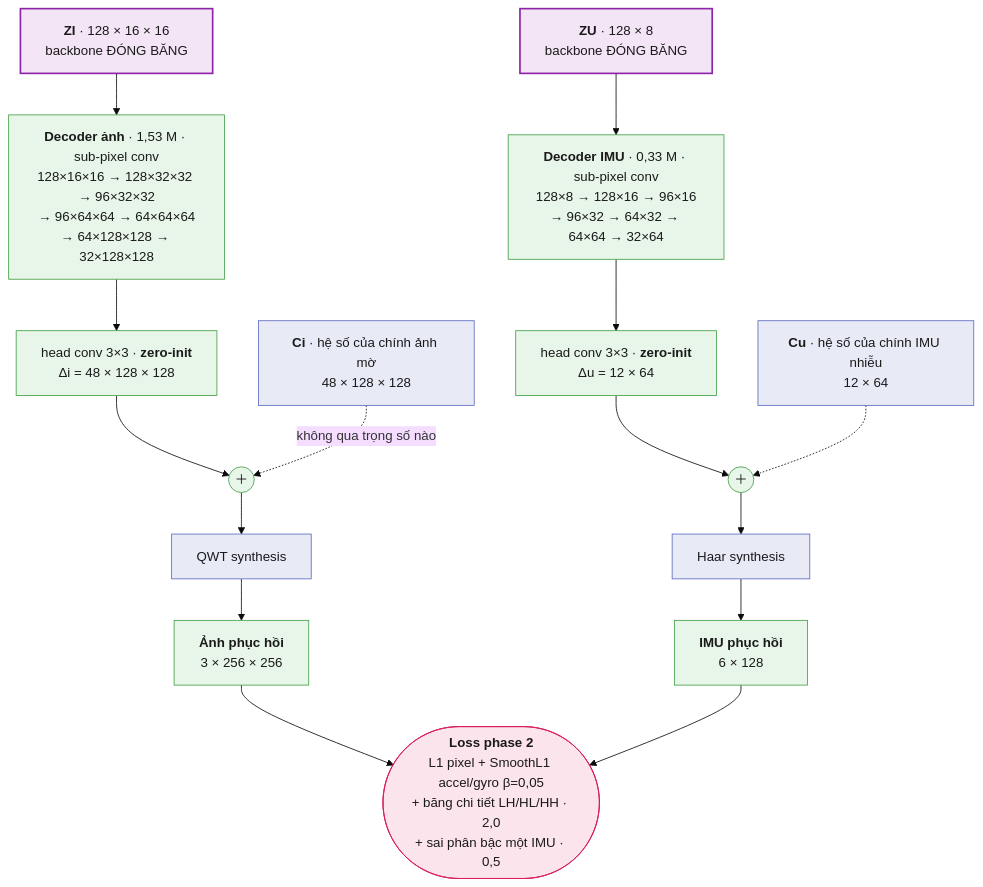
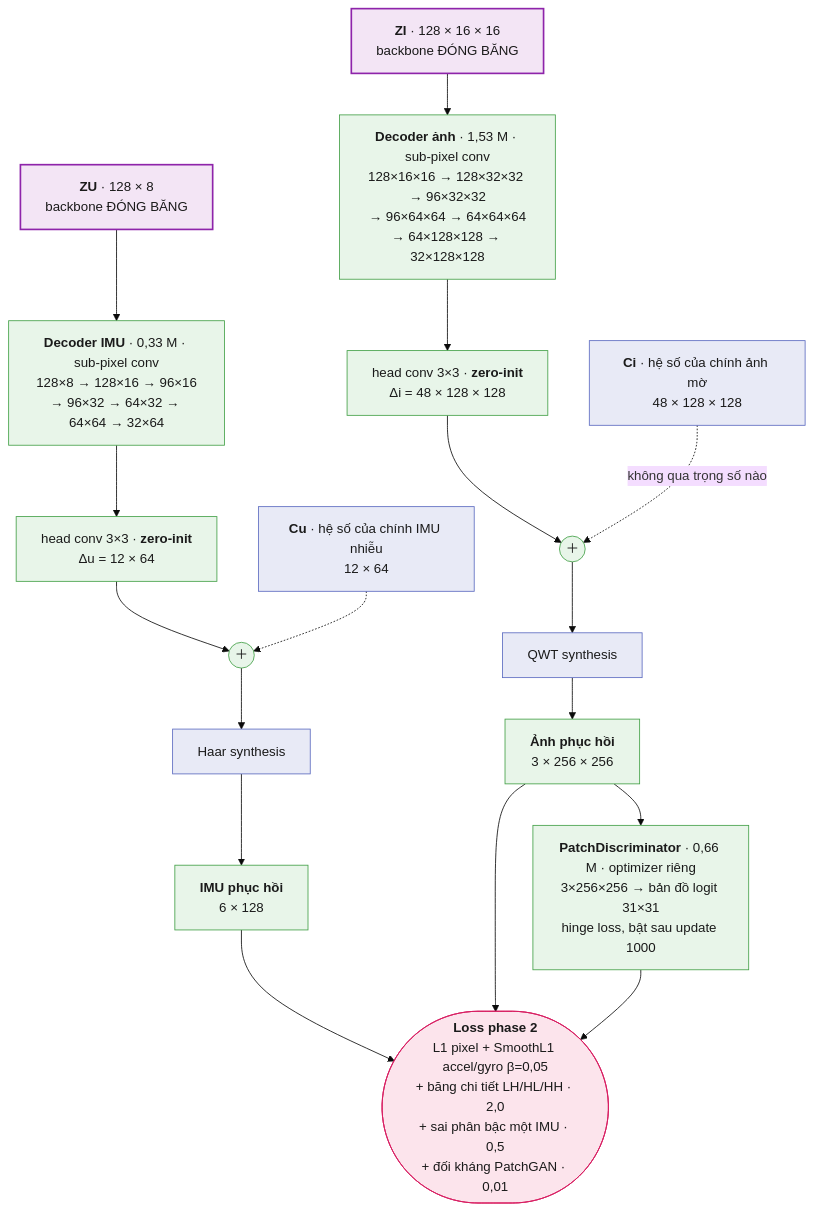
One commit to leesanghyoek/qwt_jepa_ver3 changed the fourth of 4 diagrams in README.md. Above: the diagram before and after it, drawn with Mermaid (base theme). The commit also changed other lines of this file and 7 other files, not shown here.

````diff
--- a/README.md
+++ b/README.md
@@ -126,30 +126,32 @@
 ```mermaid
 flowchart TB
     ZI["<b>ZI</b> · 128 × 16 × 16<br/>backbone ĐÓNG BĂNG"]
     ZU["<b>ZU</b> · 128 × 8<br/>backbone ĐÓNG BĂNG"]
     DI["<b>Decoder ảnh</b> · 1,53 M · sub-pixel conv<br/>128×16×16 → 128×32×32 → 96×32×32<br/>→ 96×64×64 → 64×64×64<br/>→ 64×128×128 → 32×128×128"]
     DU["<b>Decoder IMU</b> · 0,33 M · sub-pixel conv<br/>128×8 → 128×16 → 96×16<br/>→ 96×32 → 64×32 → 64×64 → 32×64"]
     HI["head conv 3×3 · <b>zero-init</b><br/>Δi = 48 × 128 × 128"]
     HU["head conv 3×3 · <b>zero-init</b><br/>Δu = 12 × 64"]
     CI["<b>Ci</b> · hệ số của chính ảnh mờ<br/>48 × 128 × 128"]
     CU["<b>Cu</b> · hệ số của chính IMU nhiễu<br/>12 × 64"]
     PI(("＋"))
     PU(("＋"))
     SI["QWT synthesis"]
     SU["Haar synthesis"]
     OI["<b>Ảnh phục hồi</b><br/>3 × 256 × 256"]
     OU["<b>IMU phục hồi</b><br/>6 × 128"]
-    L1(["<b>Loss phase 2</b><br/>L1 pixel + SmoothL1 accel/gyro β=0,05<br/>+ băng chi tiết LH/HL/HH · 2,0<br/>+ sai phân bậc một IMU · 0,5"])
+    L1(["<b>Loss phase 2</b><br/>L1 pixel + SmoothL1 accel/gyro β=0,05<br/>+ băng chi tiết LH/HL/HH · 2,0<br/>+ sai phân bậc một IMU · 0,5<br/>+ đối kháng PatchGAN · 0,01"])
+    DSC["<b>PatchDiscriminator</b> · 0,66 M · optimizer riêng<br/>3×256×256 → bản đồ logit 31×31<br/>hinge loss, bật sau update 1000"]
     ZI --> DI --> HI --> PI --> SI --> OI --> L1
     ZU --> DU --> HU --> PU --> SU --> OU --> L1
+    OI --> DSC --> L1
     CI -. "không qua trọng số nào" .-> PI
     CU -.-> PU
     classDef tf fill:#e8eaf6,stroke:#5c6bc0,color:#1a1a1a
     classDef lat fill:#f3e5f5,stroke:#8e24aa,stroke-width:2px,color:#1a1a1a
     classDef p2 fill:#e8f5e9,stroke:#43a047,color:#1a1a1a
     classDef loss fill:#fce4ec,stroke:#d81b60,color:#1a1a1a
     class ZI,ZU lat
     class CI,CU,SI,SU tf
-    class DI,DU,HI,HU,PI,PU,OI,OU p2
+    class DI,DU,HI,HU,PI,PU,OI,OU,DSC p2
     class L1 loss
 ```
````
